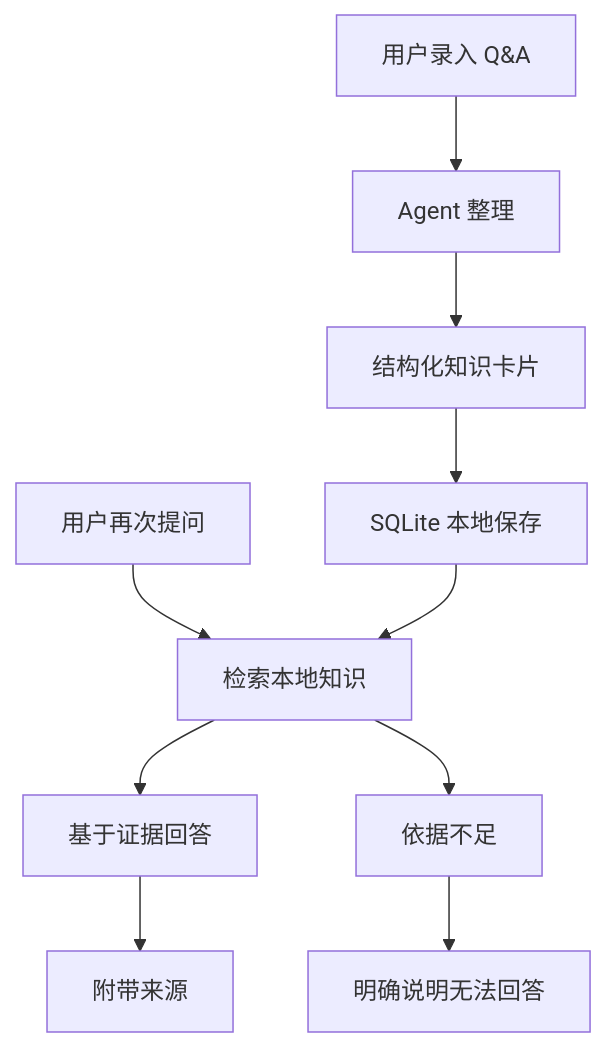
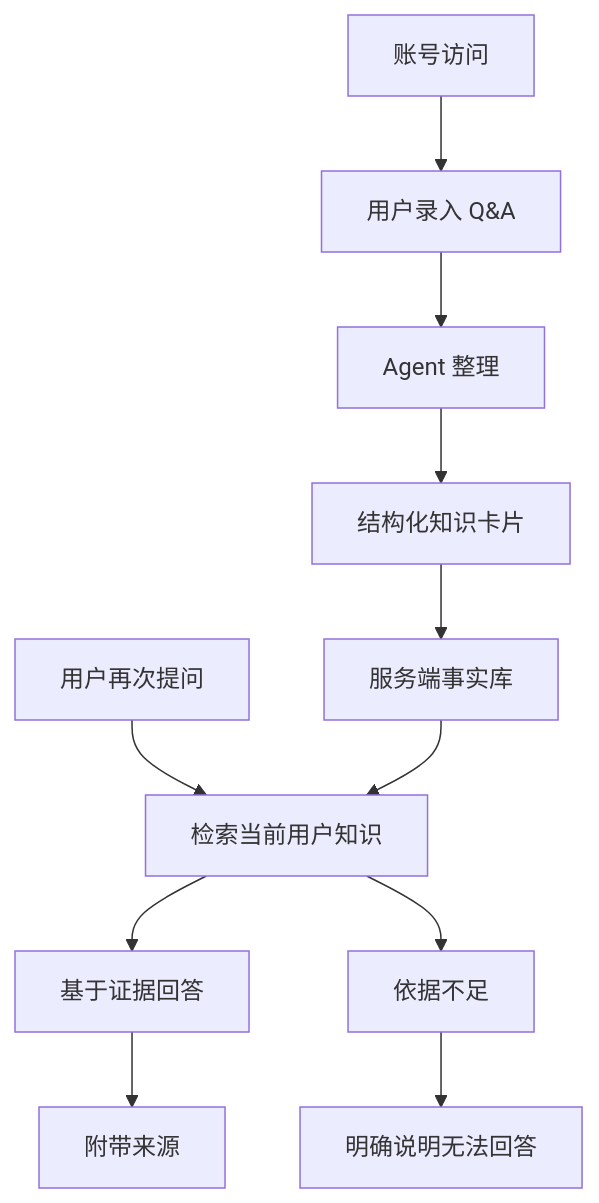
One commit to squarefive/personal-knowledge-agent-harness changed the diagram in README.md. Above: the diagram before and after it, drawn with Mermaid. The commit also changed other lines of this file and 5 other files, not shown here.

````diff
--- a/README.md
+++ b/README.md
@@ -47,12 +30,13 @@
 ```mermaid
 flowchart TD
-    A["用户录入 Q&A"] --> B["Agent 整理"]
-    B --> C["结构化知识卡片"]
-    C --> D["SQLite 本地保存"]
-    E["用户再次提问"] --> F["检索本地知识"]
-    D --> F
-    F --> G["基于证据回答"]
-    G --> H["附带来源"]
-    F --> I["依据不足"]
-    I --> J["明确说明无法回答"]
+    A["账号访问"] --> B["用户录入 Q&A"]
+    B --> C["Agent 整理"]
+    C --> D["结构化知识卡片"]
+    D --> E["服务端事实库"]
+    F["用户再次提问"] --> G["检索当前用户知识"]
+    E --> G
+    G --> H["基于证据回答"]
+    H --> I["附带来源"]
+    G --> J["依据不足"]
+    J --> K["明确说明无法回答"]
 ```
````
